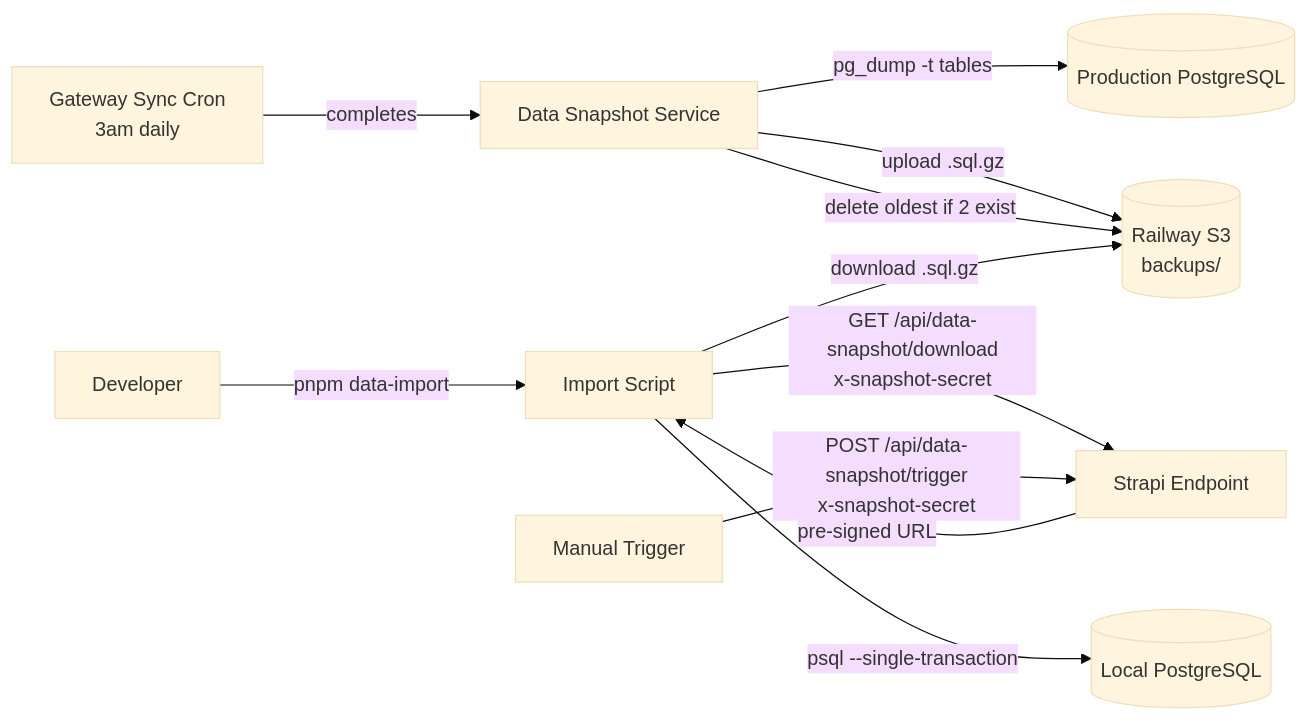
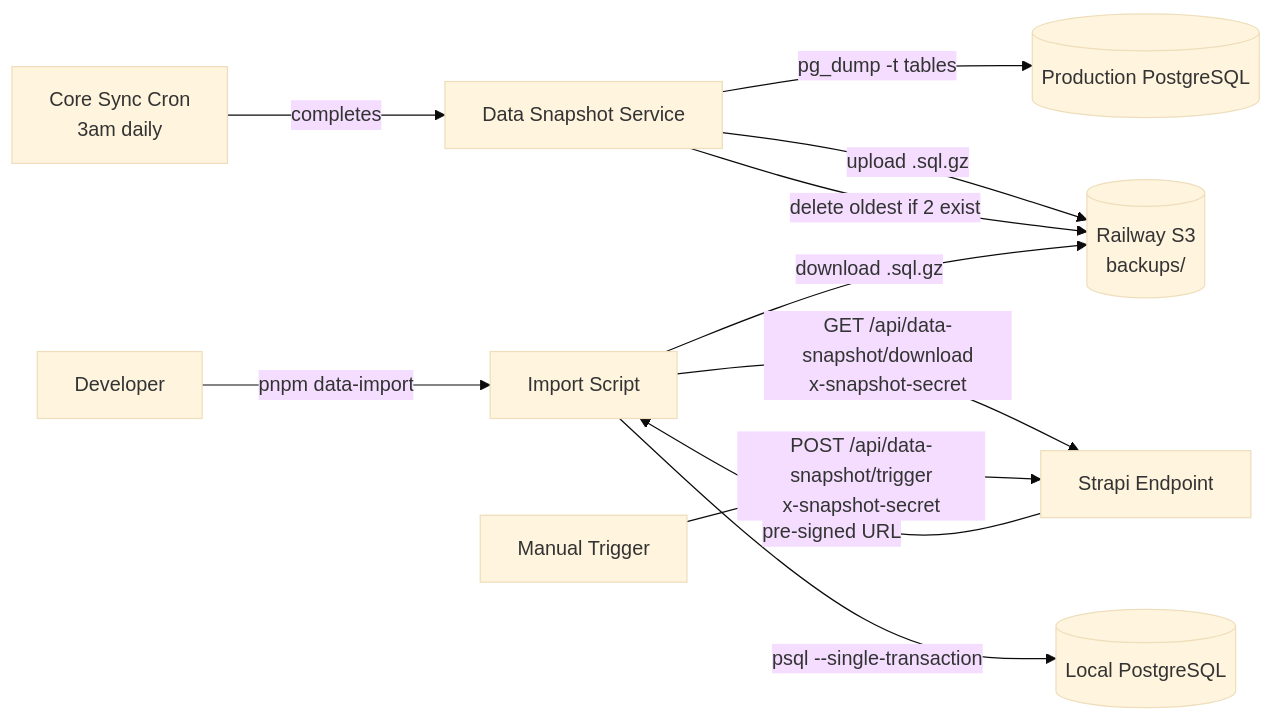
The diagram in docs/plans/2026-03-24-002-feat-cms-dev-data-snapshot-plan.md (JesusFilm/forge), drawn with Mermaid (base theme) before and after one commit. The commit also changed other lines of this file and 55 other files, not shown here.

First line of the commit message:
refactor(cms): rename gateway-sync to core-sync and fix admin auth

````diff
--- a/docs/plans/2026-03-24-002-feat-cms-dev-data-snapshot-plan.md
+++ b/docs/plans/2026-03-24-002-feat-cms-dev-data-snapshot-plan.md
@@ -336,15 +336,15 @@
 ```mermaid
 flowchart LR
-    A[Gateway Sync Cron<br/>3am daily] -->|completes| B[Data Snapshot Service]
+    A[Core Sync Cron<br/>3am daily] -->|completes| B[Data Snapshot Service]
     B -->|pg_dump -t tables| C[(Production PostgreSQL)]
     B -->|upload .sql.gz| D[(Railway S3<br/>backups/)]
     B -->|delete oldest if 2 exist| D
 
     E[Developer] -->|pnpm data-import| F[Import Script]
     F -->|GET /api/data-snapshot/download<br/>x-snapshot-secret| G[Strapi Endpoint]
     G -->|pre-signed URL| F
     F -->|download .sql.gz| D
     F -->|psql --single-transaction| H[(Local PostgreSQL)]
 
     I[Manual Trigger] -->|POST /api/data-snapshot/trigger<br/>x-snapshot-secret| G
 ```
````
